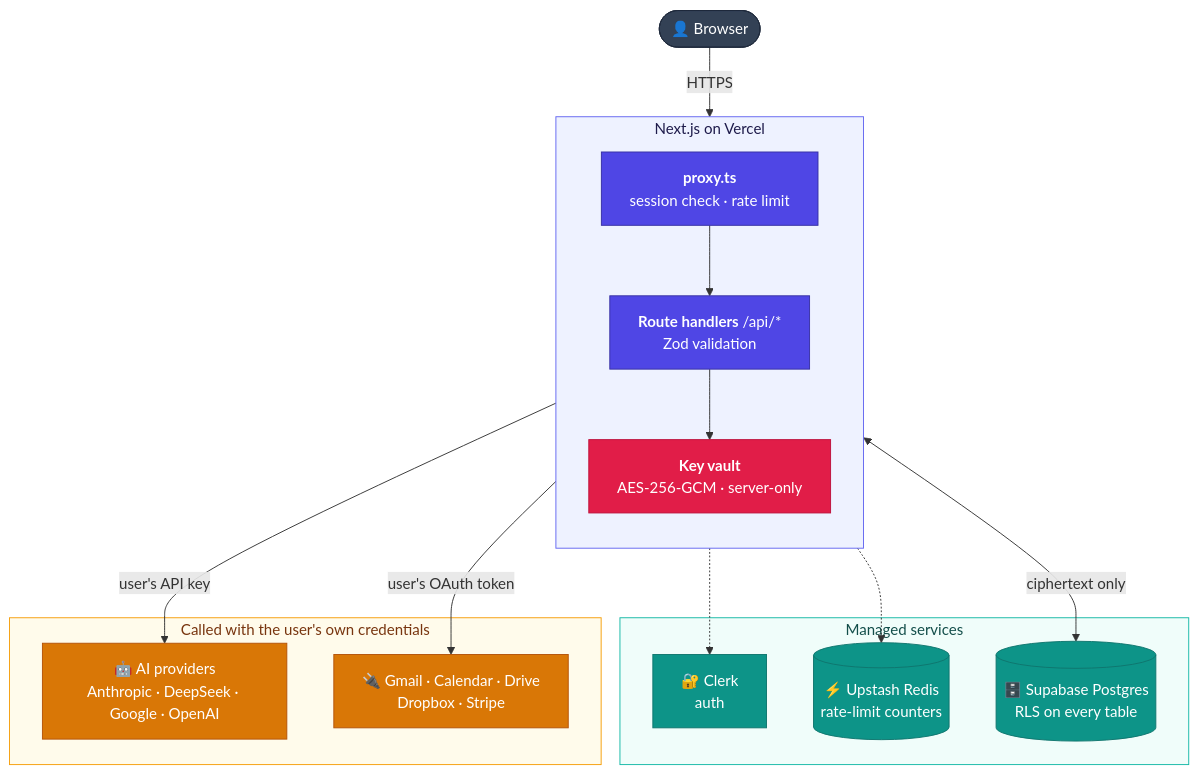
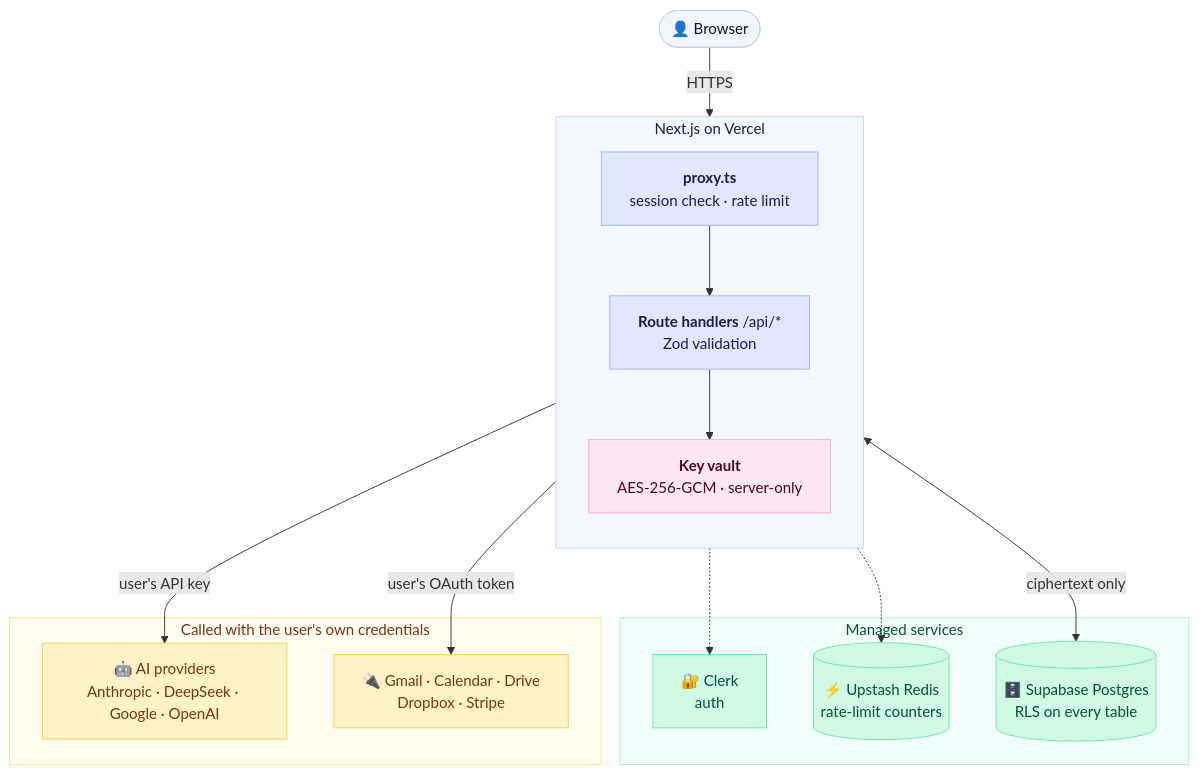
Before and after one commit to sowaxer/quivo-app: the third of 5 diagrams in README.md, drawn with Mermaid. The commit also changed other lines of this file, not shown here.

Commit message:
README: plain-English intro, pastel diagrams, code highlights section

````diff
--- a/README.md
+++ b/README.md
@@ -123,43 +124,44 @@
 ```mermaid
 flowchart TB
     User(["👤 Browser"])
 
     subgraph Edge["Next.js on Vercel"]
         direction TB
         Proxy["<b>proxy.ts</b><br/>session check · rate limit"]
         API["<b>Route handlers</b> /api/*<br/>Zod validation"]
         Vault["<b>Key vault</b><br/>AES-256-GCM · server-only"]
         Proxy --> API --> Vault
     end
 
     subgraph Services["Managed services"]
         Clerk["🔐 Clerk<br/>auth"]
         Redis[("⚡ Upstash Redis<br/>rate-limit counters")]
         DB[("🗄️ Supabase Postgres<br/>RLS on every table")]
     end
 
     subgraph External["Called with the user's own credentials"]
         AI["🤖 AI providers<br/>Anthropic · DeepSeek · Google · OpenAI"]
         Apps["🔌 Gmail · Calendar · Drive<br/>Dropbox · Stripe"]
     end
 
     User -->|HTTPS| Proxy
     Proxy -.-> Clerk
     Proxy -.-> Redis
     Vault <-->|ciphertext only| DB
     API -->|user's API key| AI
     API -->|user's OAuth token| Apps
-    classDef indigo fill:#4F46E5,stroke:#3730A3,color:#fff
-    classDef teal fill:#0D9488,stroke:#0F766E,color:#fff
-    classDef amber fill:#D97706,stroke:#B45309,color:#fff
-    classDef rose fill:#E11D48,stroke:#BE123C,color:#fff
-    classDef slate fill:#334155,stroke:#1E293B,color:#fff
-    class User slate
-    class Proxy,API indigo
-    class Vault rose
-    class Clerk,Redis,DB teal
-    class AI,Apps amber
-    style Edge fill:#EEF2FF,stroke:#6366F1,color:#1E1B4B
-    style Services fill:#F0FDFA,stroke:#14B8A6,color:#134E4A
-    style External fill:#FFFBEB,stroke:#F59E0B,color:#78350F
+
+    classDef p1 fill:#E0E7FF,stroke:#A5B4FC,color:#1E1B4B
+    classDef p2 fill:#FCE7F3,stroke:#F9A8D4,color:#500724
+    classDef p3 fill:#D1FAE5,stroke:#6EE7B7,color:#064E3B
+    classDef p4 fill:#FEF3C7,stroke:#FCD34D,color:#78350F
+    classDef p5 fill:#F1F5F9,stroke:#CBD5E1,color:#0F172A
+    class User p5
+    class Proxy,API p1
+    class Vault p2
+    class Clerk,Redis,DB p3
+    class AI,Apps p4
+    style Edge fill:#F5F7FF,stroke:#C7D2FE,color:#1E1B4B
+    style Services fill:#F0FDF9,stroke:#A7F3D0,color:#064E3B
+    style External fill:#FFFCF0,stroke:#FDE68A,color:#78350F
 ```
````
